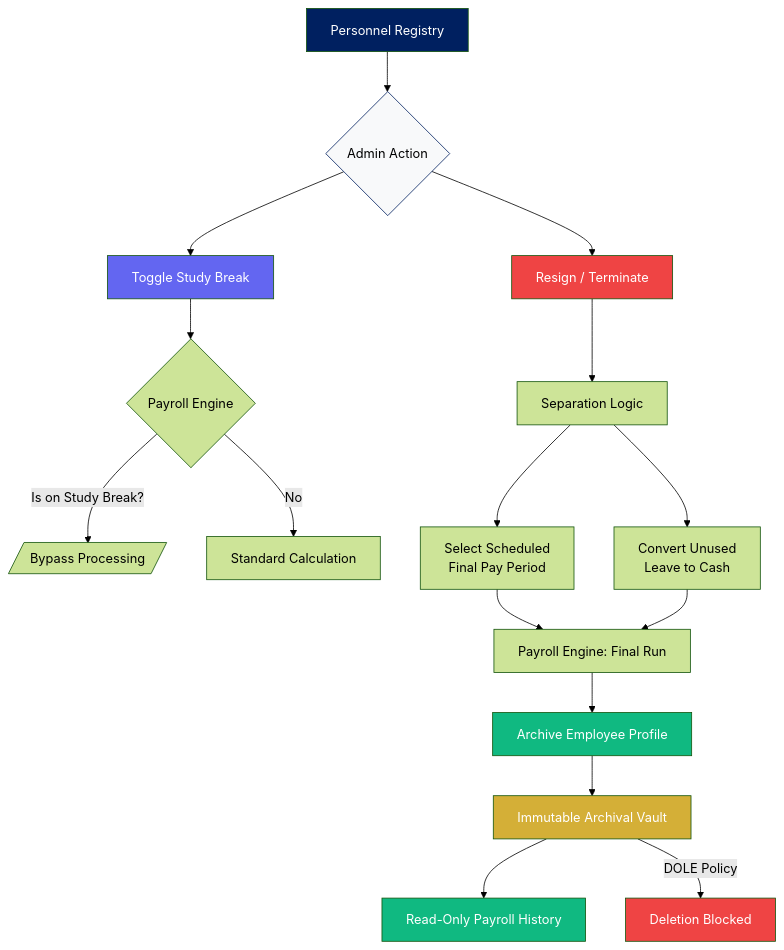
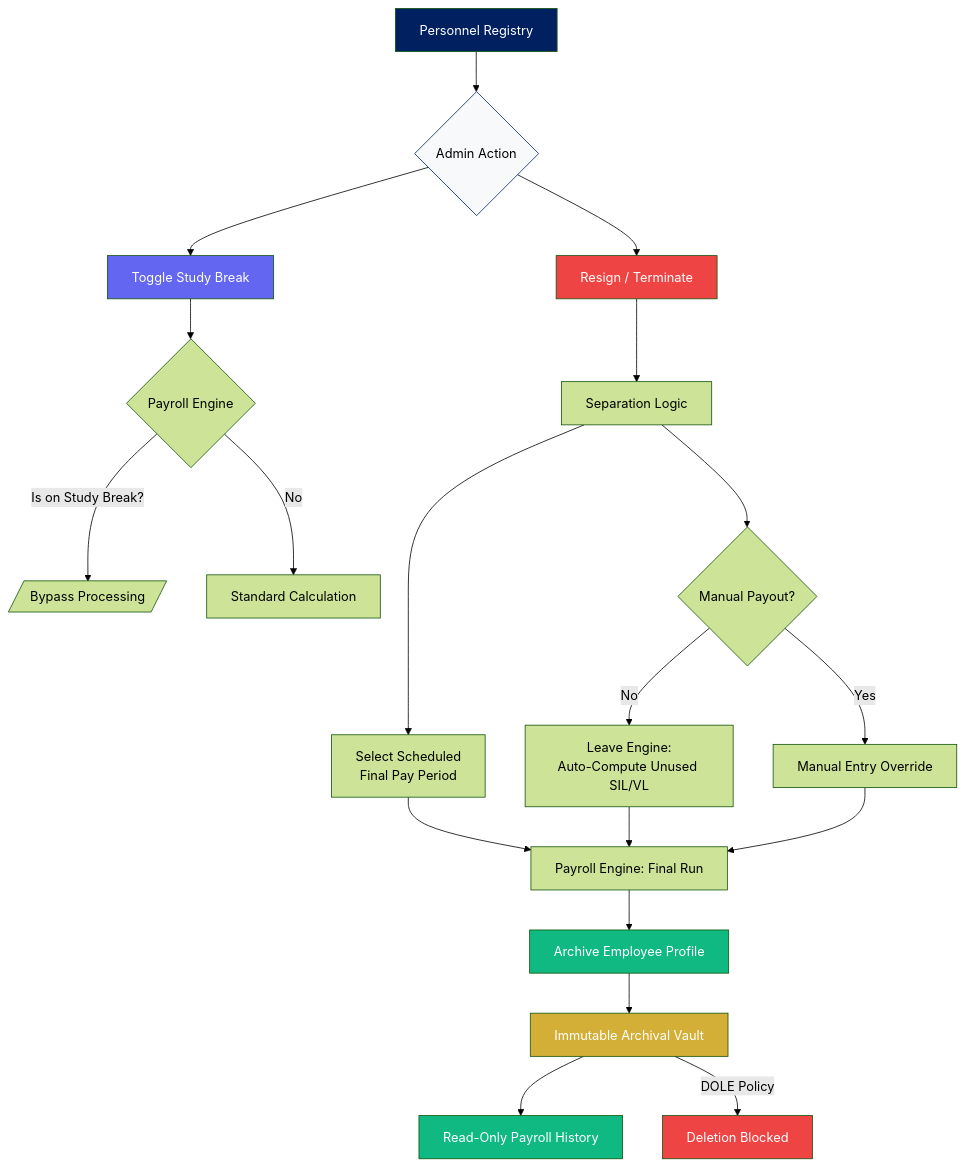
The tenth of 19 diagrams in README.md (binssente-crypto/PAYROLL-DOCUMENTATION), drawn with Mermaid (forest theme) before and after one commit. The commit also changed other lines of this file, not shown here.

````diff
--- a/README.md
+++ b/README.md
@@ -342,32 +359,36 @@
 ```mermaid
 flowchart TD
     REGISTRY[Personnel Registry] --> ACTION{Admin Action}
     
     ACTION --> STUDY[Toggle Study Break]
     STUDY --> PAY_GATE{Payroll Engine}
     PAY_GATE -- "Is on Study Break?" --> SKIP[/Bypass Processing/]
     PAY_GATE -- "No" --> PROC[Standard Calculation]
     
     ACTION --> SEP[Resign / Terminate]
     SEP --> DIALOG[Separation Logic]
     
     DIALOG --> PERIOD["Select Scheduled<br/>Final Pay Period"]
-    DIALOG --> LEAVE["Convert Unused<br/>Leave to Cash"]
+    DIALOG --> LEAVE{"Manual Payout?"}
+    
+    LEAVE -- No --> AUTO["Leave Engine:<br/>Auto-Compute Unused SIL/VL"]
+    LEAVE -- Yes --> MANUAL["Manual Entry Override"]
     
     PERIOD --> ENGINE[Payroll Engine: Final Run]
-    LEAVE --> ENGINE
+    AUTO --> ENGINE
+    MANUAL --> ENGINE
     
     ENGINE --> ARCHIVE[Archive Employee Profile]
     ARCHIVE --> VAULT[Immutable Archival Vault]
     VAULT --> HISTORY[Read-Only Payroll History]
     VAULT -- "DOLE Policy" --> PROTECT[Deletion Blocked]
 
     style REGISTRY fill:#002060,color:#fff
     style ACTION fill:#f8f9fa,stroke:#002060
     style STUDY fill:#6366f1,color:#fff
     style SEP fill:#ef4444,color:#fff
     style ARCHIVE fill:#10b981,color:#fff
     style VAULT fill:#D4AF37,color:#fff
     style PROTECT fill:#ef4444,color:#fff
     style HISTORY fill:#10b981,color:#fff
 ```
````
